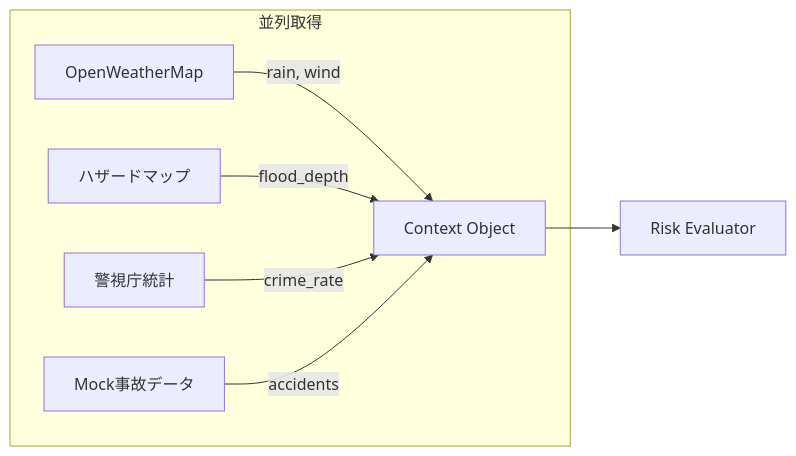
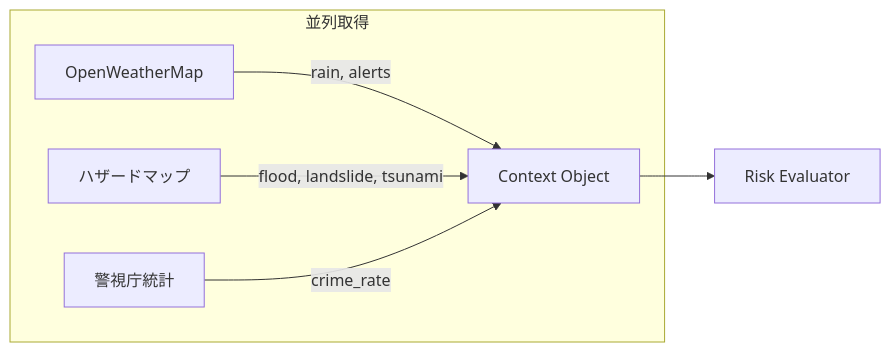
Before and after one commit to Ryg-appdev/safe-routing-ai-navigation: the first of 4 diagrams in Docs/確定/diagrams/08_Agent別詳細図.md, drawn with Mermaid. The commit also changed other lines of this file and 12 other files, not shown here.

````diff
--- a/Docs/確定/diagrams/08_Agent別詳細図.md
+++ b/Docs/確定/diagrams/08_Agent別詳細図.md
@@ -4,10 +4,9 @@
 ```mermaid
 flowchart LR
     subgraph 並列取得
-        W[OpenWeatherMap] --> |rain, wind| CTX
-        H[ハザードマップ] --> |flood_depth| CTX
+        W[OpenWeatherMap] --> |rain, alerts| CTX
+        H[ハザードマップ] --> |flood, landslide, tsunami| CTX
         P[警視庁統計] --> |crime_rate| CTX
-        M[Mock事故データ] --> |accidents| CTX
     end
     CTX[Context Object] --> A2[Risk Evaluator]
 ```
````
